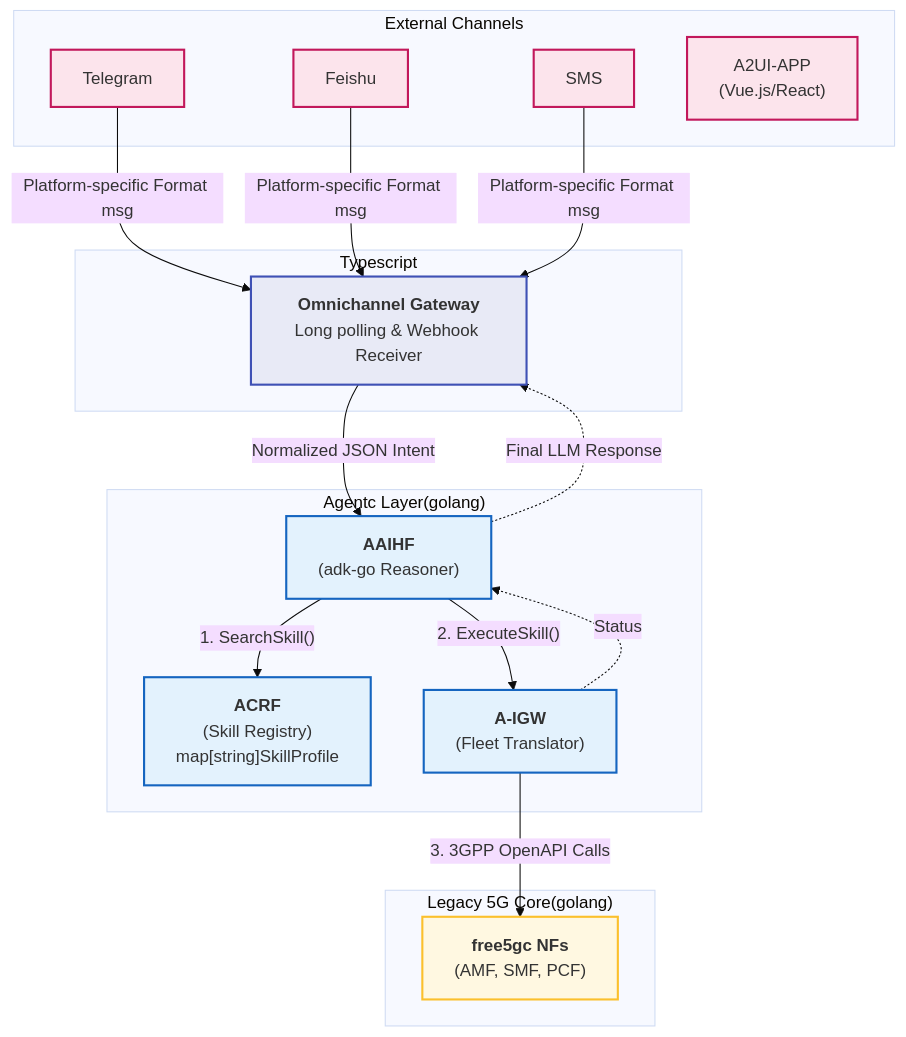
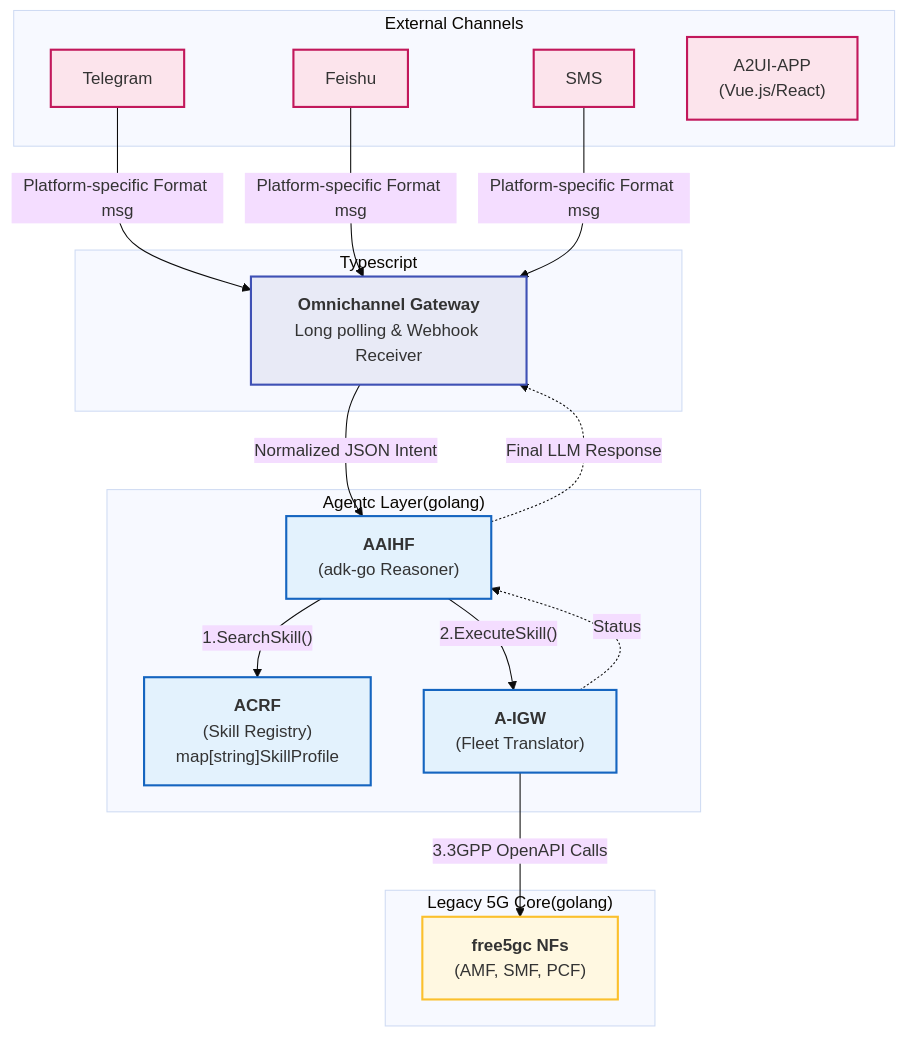
The first of 3 diagrams in 架构样机/phase-1.mdx (acore2026/docs), drawn with Mermaid (base theme) before and after one commit.

Commit message:
Fix sequence numbering in phase-1 architecture diagram
Mintlify-Source: dashboard-editor

````diff
--- a/架构样机/phase-1.mdx
+++ b/架构样机/phase-1.mdx
@@ -8,45 +8,45 @@
 ```mermaid
 graph TD
     %% Styling
     classDef external fill:#fce4ec,stroke:#c2185b,stroke-width:2px;
     classDef a2ui fill:#e8eaf6,stroke:#3f51b5,stroke-width:2px;
     classDef ai fill:#e3f2fd,stroke:#1565c0,stroke-width:2px;
     classDef core fill:#fff8e1,stroke:#fbc02d,stroke-width:2px;
 
     %% External Apps
     subgraph "External Channels"
         TG["Telegram"]:::external
         FS["Feishu"]:::external
         SMS:::external
         A2UI["A2UI-APP<br/>(Vue.js/React)"]:::external
     end
 
     %% A2UI Layer
     subgraph "Typescript"
         OmniGW["<b>Omnichannel Gateway</b><br/>Long polling & Webhook Receiver"]:::a2ui
     end
 
     %% Agentic Core
     subgraph "Agentc Layer(golang)"
         AAIHF["<b>AAIHF</b><br/>(adk-go Reasoner)"]:::ai
         ACRF["<b>ACRF</b><br/>(Skill Registry)<br/>map[string]SkillProfile"]:::ai
         IGW["<b>A-IGW</b><br/>(Fleet Translator)"]:::ai
     end
 
     %% Legacy Core
     subgraph "Legacy 5G Core(golang)"
         F5GC["<b>free5gc NFs</b><br/>(AMF, SMF, PCF)"]:::core
     end
 
     %% Connections
     TG & FS & SMS -- "Platform-specific Format msg" --> OmniGW
     OmniGW -- "Normalized JSON Intent" --> AAIHF
-    AAIHF -- "1. SearchSkill()" --> ACRF
-    AAIHF -- "2. ExecuteSkill()" --> IGW
-    IGW -- "3. 3GPP OpenAPI Calls" --> F5GC
+    AAIHF -- "1.SearchSkill()" --> ACRF
+    AAIHF -- "2.ExecuteSkill()" --> IGW
+    IGW -- "3.3GPP OpenAPI Calls" --> F5GC
     
     %% Return Path
     IGW -. "Status" .-> AAIHF
     AAIHF -. "Final LLM Response" .-> OmniGW
     
 ```
````
